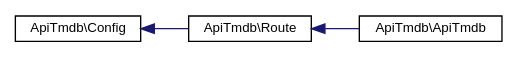
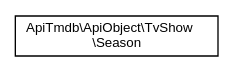
Before and after one commit to sauvank/packagist-tool-api-tmdb: the diagram in doc/inherit_graph_13.dot, drawn with Graphviz. The commit also changed 122 other files, not shown here.

```diff
--- a/doc/inherit_graph_13.dot
+++ b/doc/inherit_graph_13.dot
@@ -1,11 +1,7 @@
 digraph "Graphical Class Hierarchy"
 {
   edge [fontname="Helvetica",fontsize="10",labelfontname="Helvetica",labelfontsize="10"];
   node [fontname="Helvetica",fontsize="10",shape=record];
   rankdir="LR";
-  Node0 [label="ApiTmdb\\Config",height=0.2,width=0.4,color="black", fillcolor="white", style="filled",URL="$classApiTmdb_1_1Config.html"];
-  Node0 -> Node1 [dir="back",color="midnightblue",fontsize="10",style="solid",fontname="Helvetica"];
-  Node1 [label="ApiTmdb\\Route",height=0.2,width=0.4,color="black", fillcolor="white", style="filled",URL="$classApiTmdb_1_1Route.html"];
-  Node1 -> Node2 [dir="back",color="midnightblue",fontsize="10",style="solid",fontname="Helvetica"];
-  Node2 [label="ApiTmdb\\ApiTmdb",height=0.2,width=0.4,color="black", fillcolor="white", style="filled",URL="$classApiTmdb_1_1ApiTmdb.html"];
+  Node0 [label="ApiTmdb\\ApiObject\\TvShow\l\\Season",height=0.2,width=0.4,color="black", fillcolor="white", style="filled",URL="$classApiTmdb_1_1ApiObject_1_1TvShow_1_1Season.html"];
 }
```
